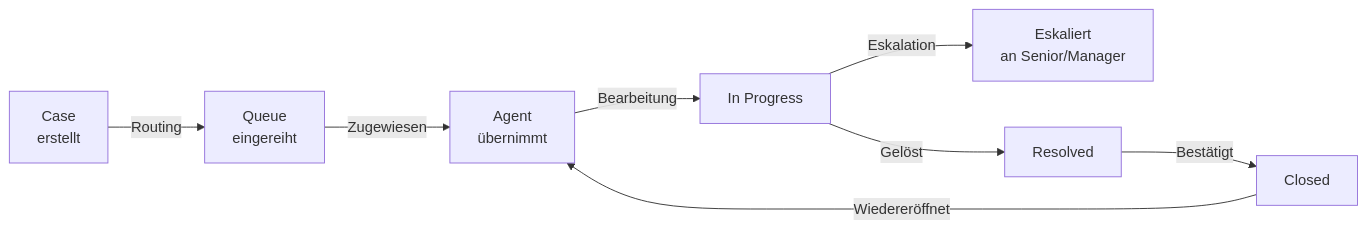
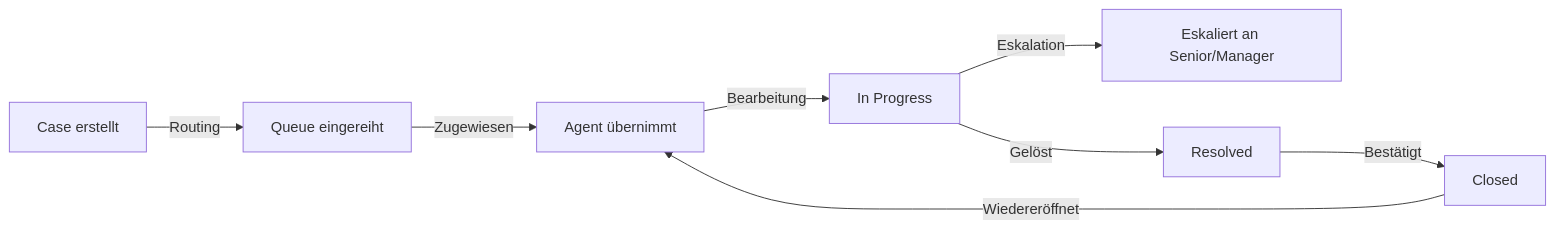
The first of 4 diagrams in Microsoft 365/Dynamics 365/Dynamics 365 Customer Service.md (SoniiiT/notes-n-docs), drawn with Mermaid before and after one commit. The commit also changed other lines of this file and 124 other files, not shown here.

First line of the commit message:
fix: Entferne \n aus allen Mermaid-Diagrammen (125 Dateien)

````diff
--- a/Microsoft 365/Dynamics 365/Dynamics 365 Customer Service.md
+++ b/Microsoft 365/Dynamics 365/Dynamics 365 Customer Service.md
@@ -27,10 +27,10 @@
 ```mermaid
 graph LR
-    CR[Case\nerstellt] -->|Routing| QU[Queue\neingereiht]
-    QU -->|Zugewiesen| AG[Agent\nübernimmt]
+    CR[Case erstellt] -->|Routing| QU[Queue eingereiht]
+    QU -->|Zugewiesen| AG[Agent übernimmt]
     AG -->|Bearbeitung| IP[In Progress]
-    IP -->|Eskalation| ES[Eskaliert\nan Senior/Manager]
+    IP -->|Eskalation| ES[Eskaliert an Senior/Manager]
     IP -->|Gelöst| RE[Resolved]
     RE -->|Bestätigt| CL[Closed]
     CL -->|Wiedereröffnet| AG
 ```
````
